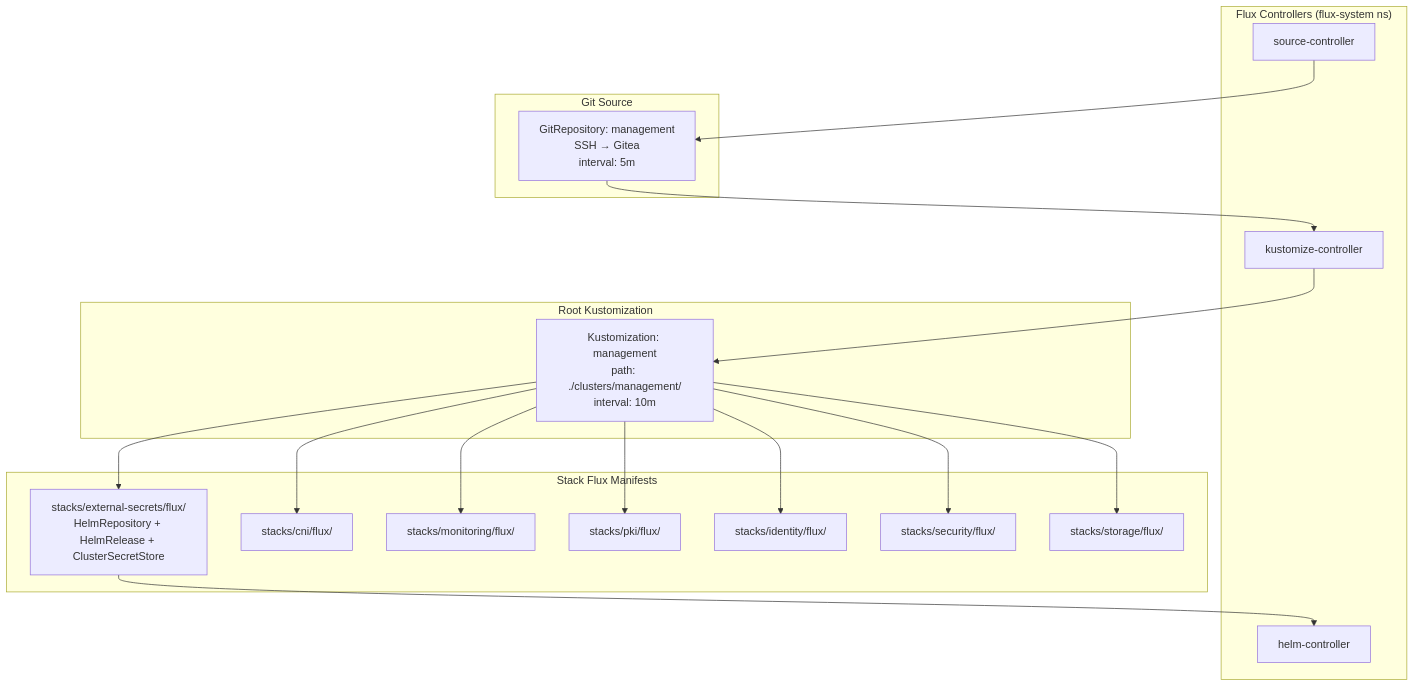
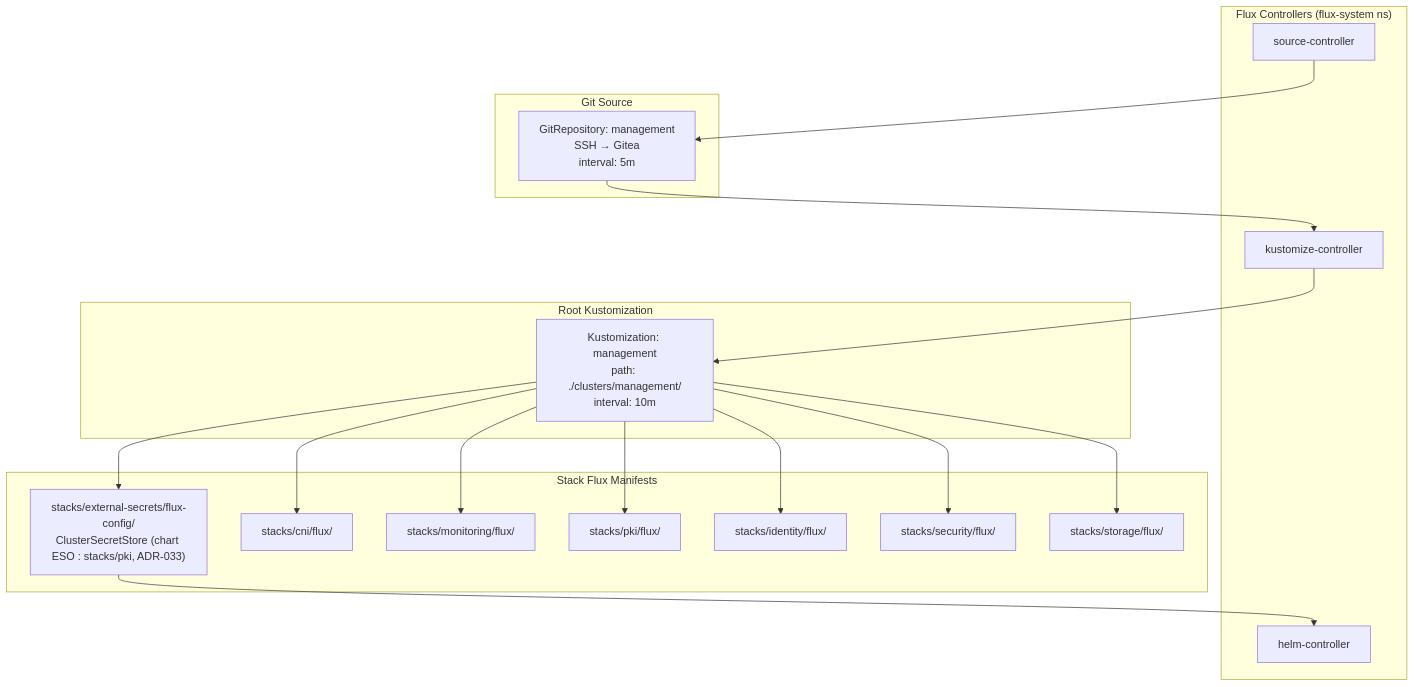
Before and after one commit to Destynova2/st4ck: diagram 14 of 14 in docs/design/001-hld-lld.md, drawn with Mermaid. The commit also changed other lines of this file and 21 other files, not shown here.

````diff
--- a/docs/design/001-hld-lld.md
+++ b/docs/design/001-hld-lld.md
@@ -1202,32 +1202,32 @@
 ```mermaid
 graph TD
     subgraph "Flux Controllers (flux-system ns)"
         SC["source-controller"]
         KC["kustomize-controller"]
         HC["helm-controller"]
     end
 
     subgraph "Git Source"
         GR["GitRepository: management<br/>SSH → Gitea<br/>interval: 5m"]
     end
 
     subgraph "Root Kustomization"
         RK["Kustomization: management<br/>path: ./clusters/management/<br/>interval: 10m"]
     end
 
     subgraph "Stack Flux Manifests"
-        ESO_F["stacks/external-secrets/flux/<br/>HelmRepository + HelmRelease + ClusterSecretStore"]
+        ESO_F["stacks/external-secrets/flux-config/<br/>ClusterSecretStore (chart ESO : stacks/pki, ADR-033)"]
         CNI_F["stacks/cni/flux/"]
         MON_F["stacks/monitoring/flux/"]
         PKI_F["stacks/pki/flux/"]
         IDENT_F["stacks/identity/flux/"]
         SEC_F["stacks/security/flux/"]
         STOR_F["stacks/storage/flux/"]
     end
 
     SC --> GR
     GR --> KC
     KC --> RK
     RK --> ESO_F & CNI_F & MON_F & PKI_F & IDENT_F & SEC_F & STOR_F
     ESO_F --> HC
 ```
````
